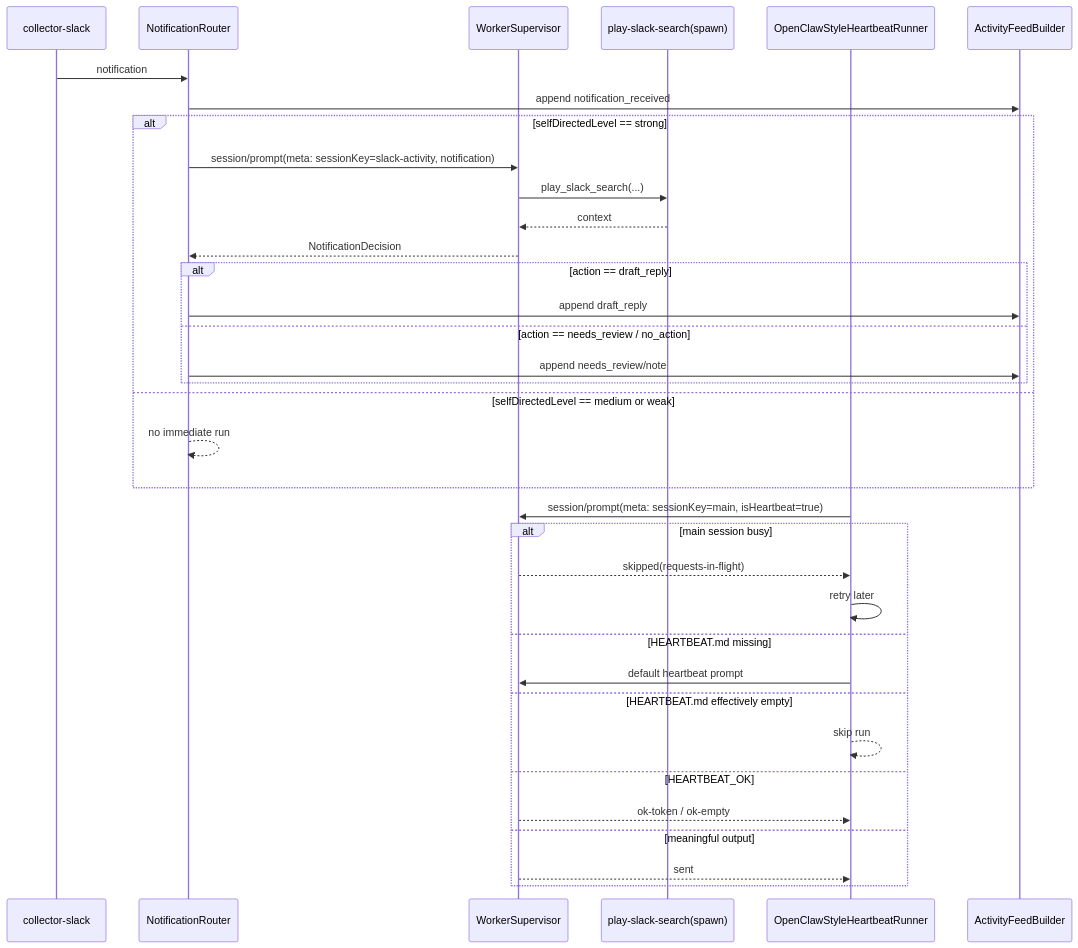
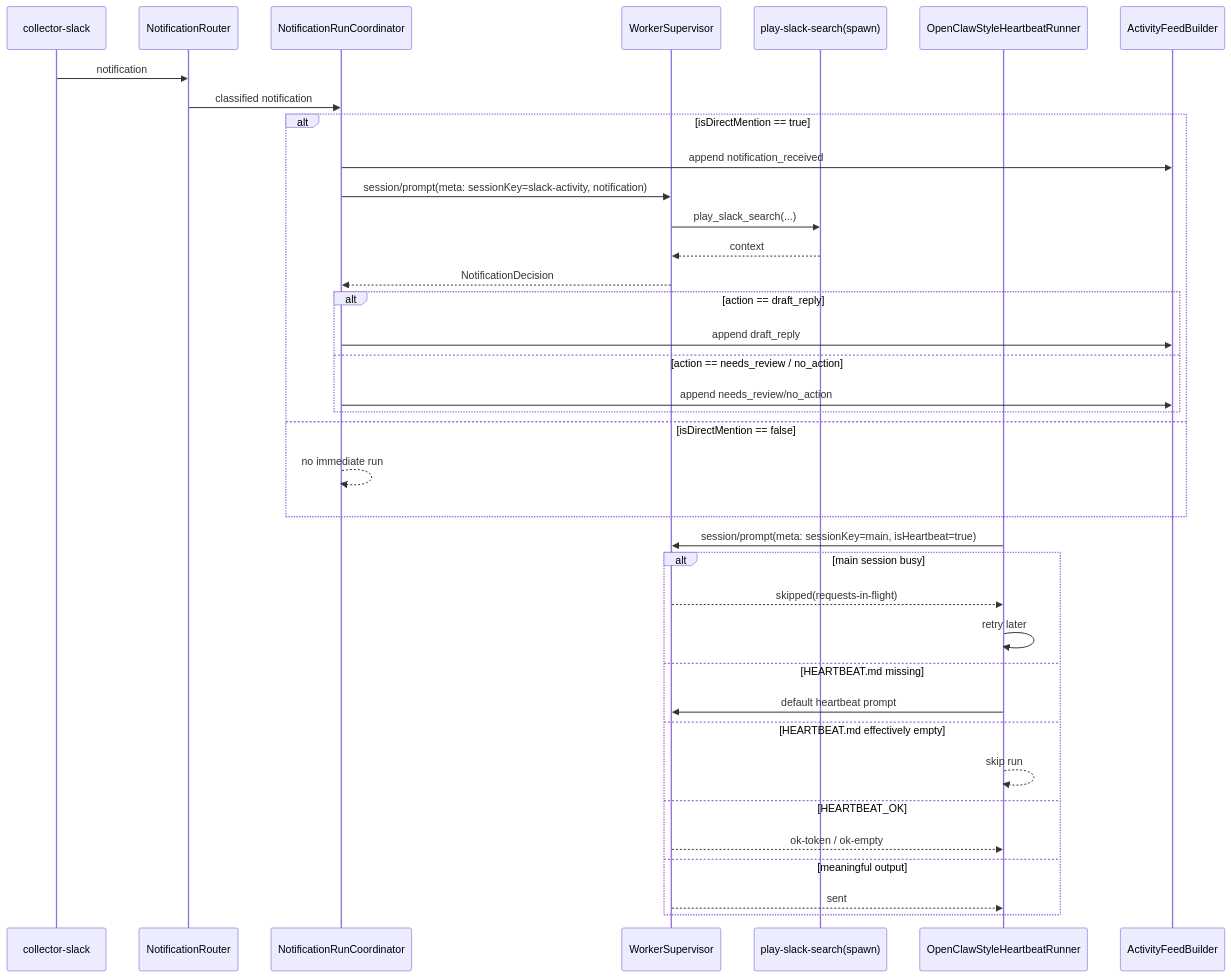
One commit to masahide/adjutant changed the second of 2 diagrams in doc/plan/260310-s01-slack-notification-driven-flow.md. Above: the diagram before and after it, drawn with Mermaid. The commit also changed other lines of this file and 1 other file, not shown here.

````diff
--- a/doc/plan/260310-s01-slack-notification-driven-flow.md
+++ b/doc/plan/260310-s01-slack-notification-driven-flow.md
@@ -383,39 +405,41 @@
 ```mermaid
 sequenceDiagram
   participant CDP as collector-slack
   participant Router as NotificationRouter
+  participant Coord as NotificationRunCoordinator
   participant Worker as WorkerSupervisor
   participant Tool as play-slack-search(spawn)
   participant Heartbeat as OpenClawStyleHeartbeatRunner
   participant Feed as ActivityFeedBuilder
 
   CDP->>Router: notification
-  Router->>Feed: append notification_received
-  alt selfDirectedLevel == strong
-    Router->>Worker: session/prompt(meta: sessionKey=slack-activity, notification)
+  Router->>Coord: classified notification
+  alt isDirectMention == true
+    Coord->>Feed: append notification_received
+    Coord->>Worker: session/prompt(meta: sessionKey=slack-activity, notification)
     Worker->>Tool: play_slack_search(...)
     Tool-->>Worker: context
-    Worker-->>Router: NotificationDecision
+    Worker-->>Coord: NotificationDecision
     alt action == draft_reply
-      Router->>Feed: append draft_reply
+      Coord->>Feed: append draft_reply
     else action == needs_review / no_action
-      Router->>Feed: append needs_review/note
+      Coord->>Feed: append needs_review/no_action
     end
-  else selfDirectedLevel == medium or weak
-    Router-->>Router: no immediate run
+  else isDirectMention == false
+    Coord-->>Coord: no immediate run
   end
 
   Heartbeat->>Worker: session/prompt(meta: sessionKey=main, isHeartbeat=true)
   alt main session busy
     Worker-->>Heartbeat: skipped(requests-in-flight)
     Heartbeat->>Heartbeat: retry later
   else HEARTBEAT.md missing
     Heartbeat->>Worker: default heartbeat prompt
   else HEARTBEAT.md effectively empty
     Heartbeat-->>Heartbeat: skip run
   else HEARTBEAT_OK
     Worker-->>Heartbeat: ok-token / ok-empty
   else meaningful output
     Worker-->>Heartbeat: sent
   end
 ```
````
